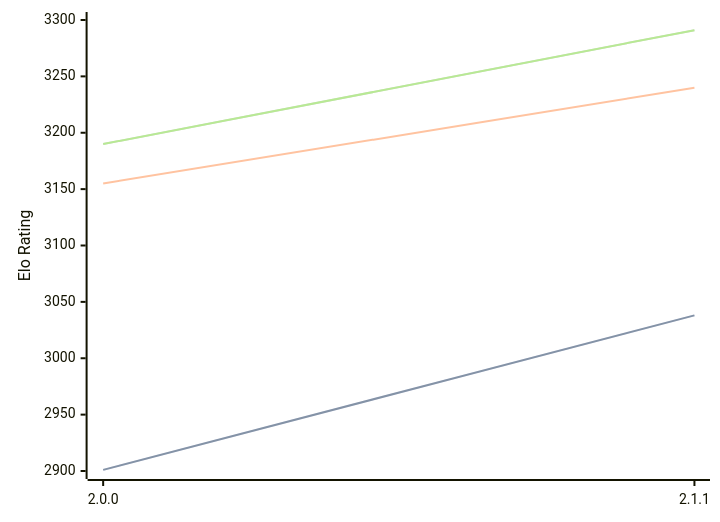
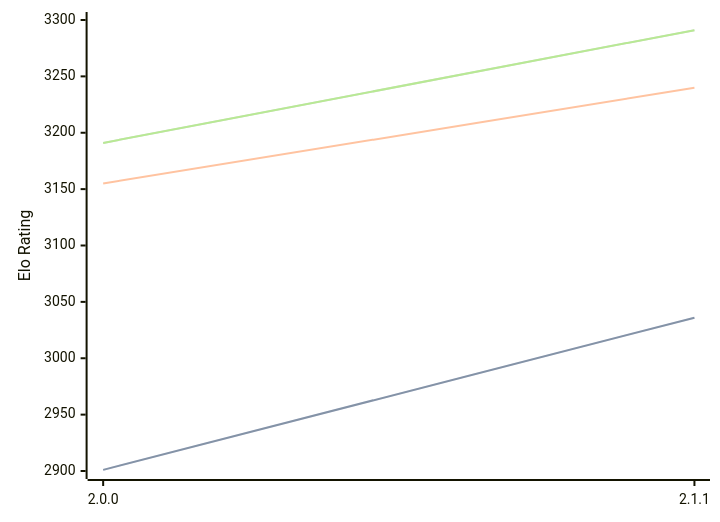
The diagram in engines/Bread.md (computer-chess-index/cci), drawn with Mermaid before and after one commit. The commit also changed other lines of this file, not shown here.

Commit message:
Update CCI Ratings (ELO VLTC) - 2026-03-14

````diff
--- a/engines/Bread.md
+++ b/engines/Bread.md
@@ -48,11 +48,11 @@
 ```mermaid
 %%{init: {"theme":"base","themeVariables":{"seriesColors:['#a3a3a3','#222221','#faa371']}}}%%
 xychart-beta
   x-axis ["2.0.0", "2.1.1"]
   y-axis "Elo Rating" 2900 --> 3300
-  line "STC (8.0+0.08s)" [2901, 3038]
-  line "STC (8.0+0.08s)" [2901, 3038]
+  line "STC (8.0+0.08s)" [2901, 3036]
+  line "STC (8.0+0.08s)" [2901, 3036]
   line "LTC (60.0+0.60s)" [3155, 3240]
-  line "VLTC (2m24s+1.12s)" [3190, 3291]
-  line "VLTC (2m24s+1.12s)" [3190, 3291]
+  line "VLTC (2m24s+1.12s)" [3191, 3291]
+  line "VLTC (2m24s+1.12s)" [3191, 3291]
 ```
````
